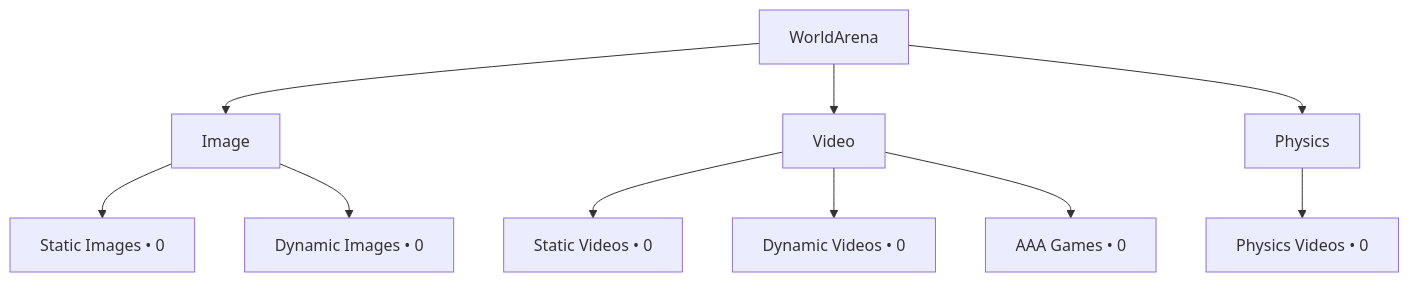
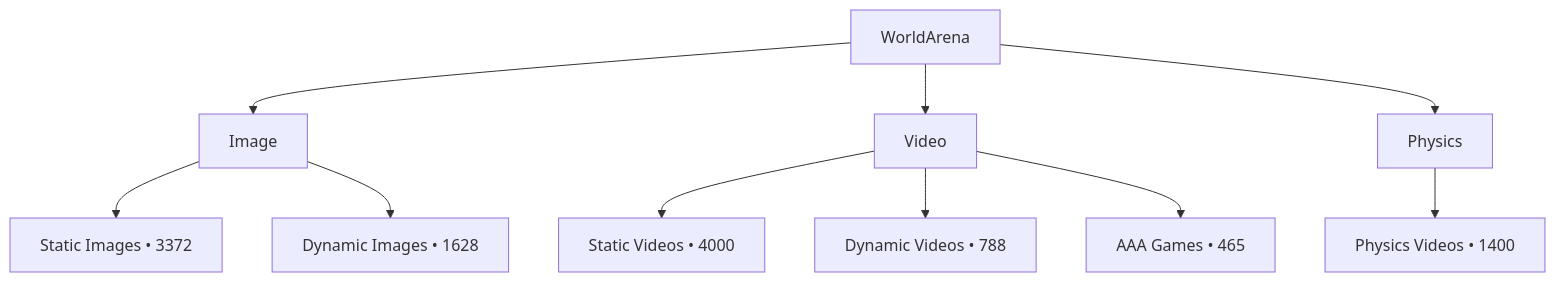
The diagram in docs/en/overview.md (OpenEnvision/WorldAtlas), drawn with Mermaid before and after one commit. The commit also changed other lines of this file and 52 other files, not shown here.

````diff
--- a/docs/en/overview.md
+++ b/docs/en/overview.md
@@ -31,13 +31,13 @@
 ```mermaid
 graph TD
   root[WorldArena]
   root --> images[Image]
   root --> videos[Video]
   root --> physics[Physics]
-  images --> static_images[Static Images • 0]
-  images --> dynamic_images[Dynamic Images • 0]
-  videos --> static_videos[Static Videos • 0]
-  videos --> dynamic_videos[Dynamic Videos • 0]
-  videos --> aaa_games[AAA Games • 0]
-  physics --> physics_videos[Physics Videos • 0]
+  images --> static_images[Static Images • 3372]
+  images --> dynamic_images[Dynamic Images • 1628]
+  videos --> static_videos[Static Videos • 4000]
+  videos --> dynamic_videos[Dynamic Videos • 788]
+  videos --> aaa_games[AAA Games • 465]
+  physics --> physics_videos[Physics Videos • 1400]
 ```
````
